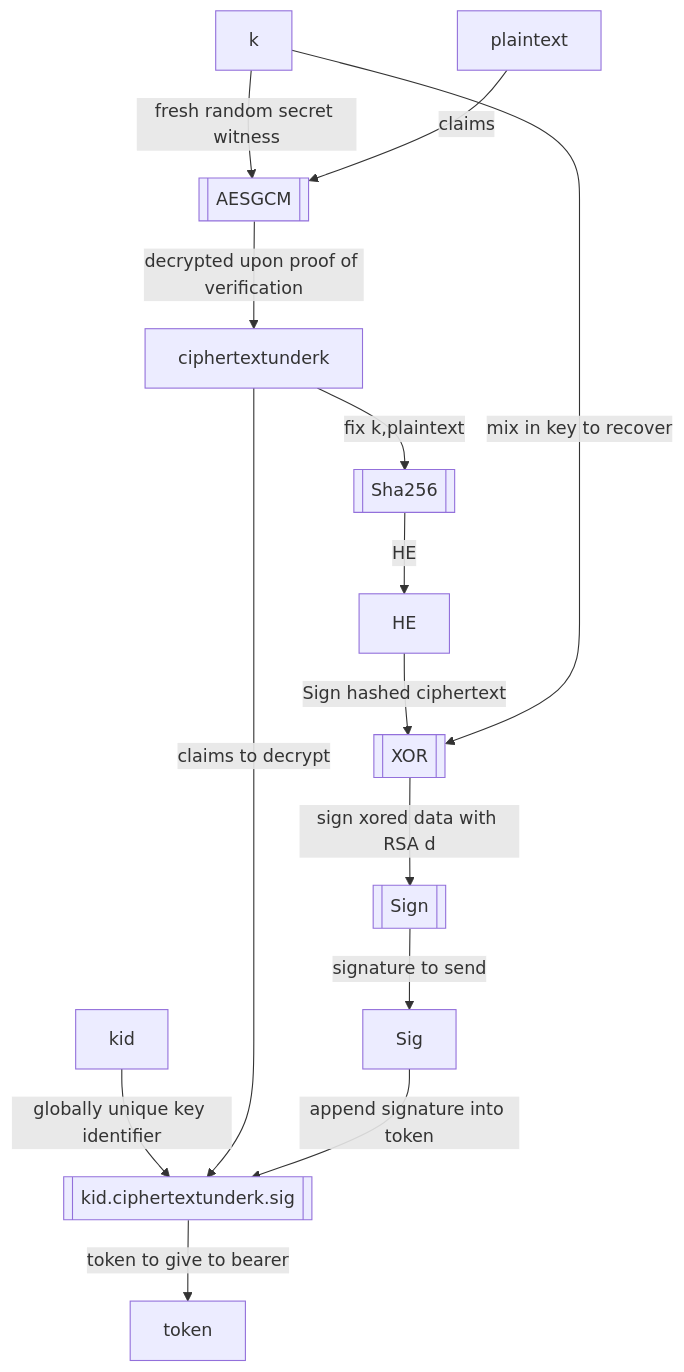
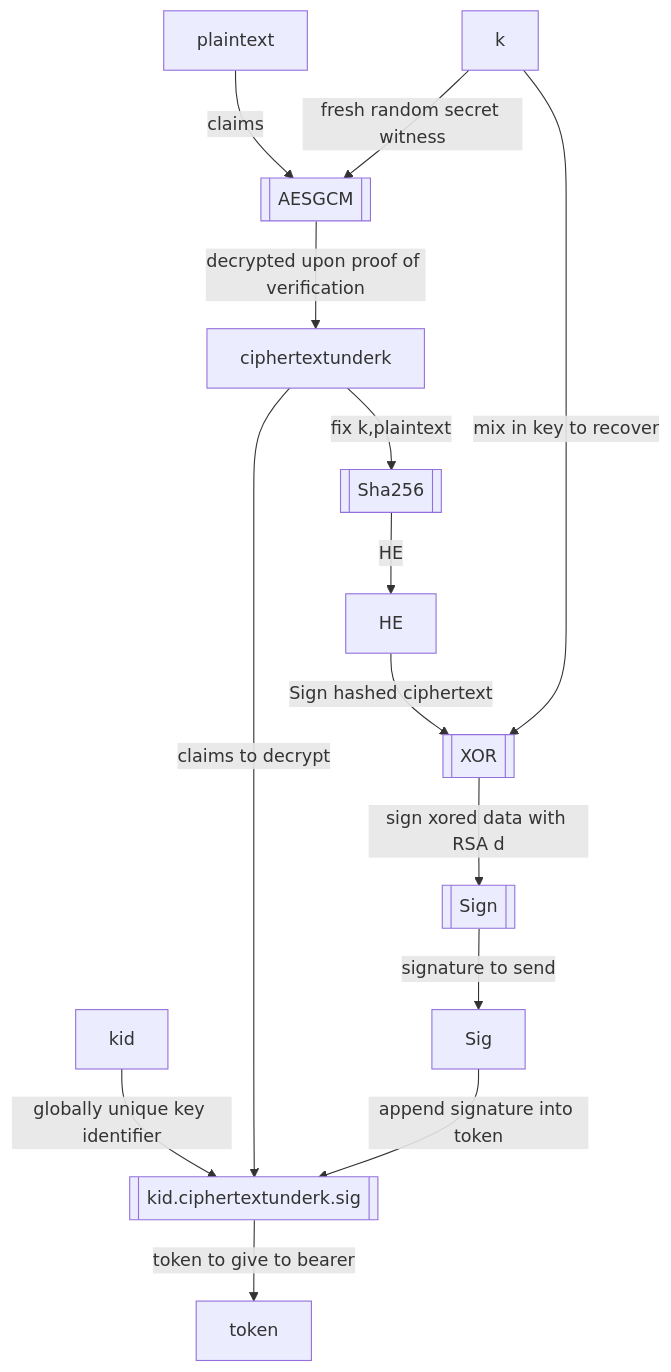
The second of 2 diagrams in README.md (rfielding/whiskeyTango), drawn with Mermaid before and after one commit. The commit also changed other lines of this file, not shown here.

Commit message:
update diagram

````diff
--- a/README.md
+++ b/README.md
@@ -94,21 +94,21 @@
 ```mermaid
 flowchart TB
   AESGCM[[AESGCM]]
   APPENDB64WithDots[[kid.ciphertextunderk.sig]]
+  plaintext-- claims -->AESGCM
   k-- fresh random secret witness -->AESGCM
-  plaintext-- claims -->AESGCM
   AESGCM-- decrypted upon proof of verification -->ciphertextunderk
   kid-- globally unique key identifier -->APPENDB64WithDots
   ciphertextunderk-- claims to decrypt -->APPENDB64WithDots
   APPENDB64WithDots-- token to give to bearer -->token
   Sha256[[Sha256]]
   ciphertextunderk-- fix k,plaintext -->Sha256
   XOR[[XOR]]
   Sign[[Sign]]
   Sha256-- HE -->HE
   HE-- Sign hashed ciphertext  -->XOR
   k-- mix in key to recover -->XOR
   XOR-- sign xored data with RSA d -->Sign
   Sign-- signature to send -->Sig
   Sig-- append signature into token -->APPENDB64WithDots
 ```
````
